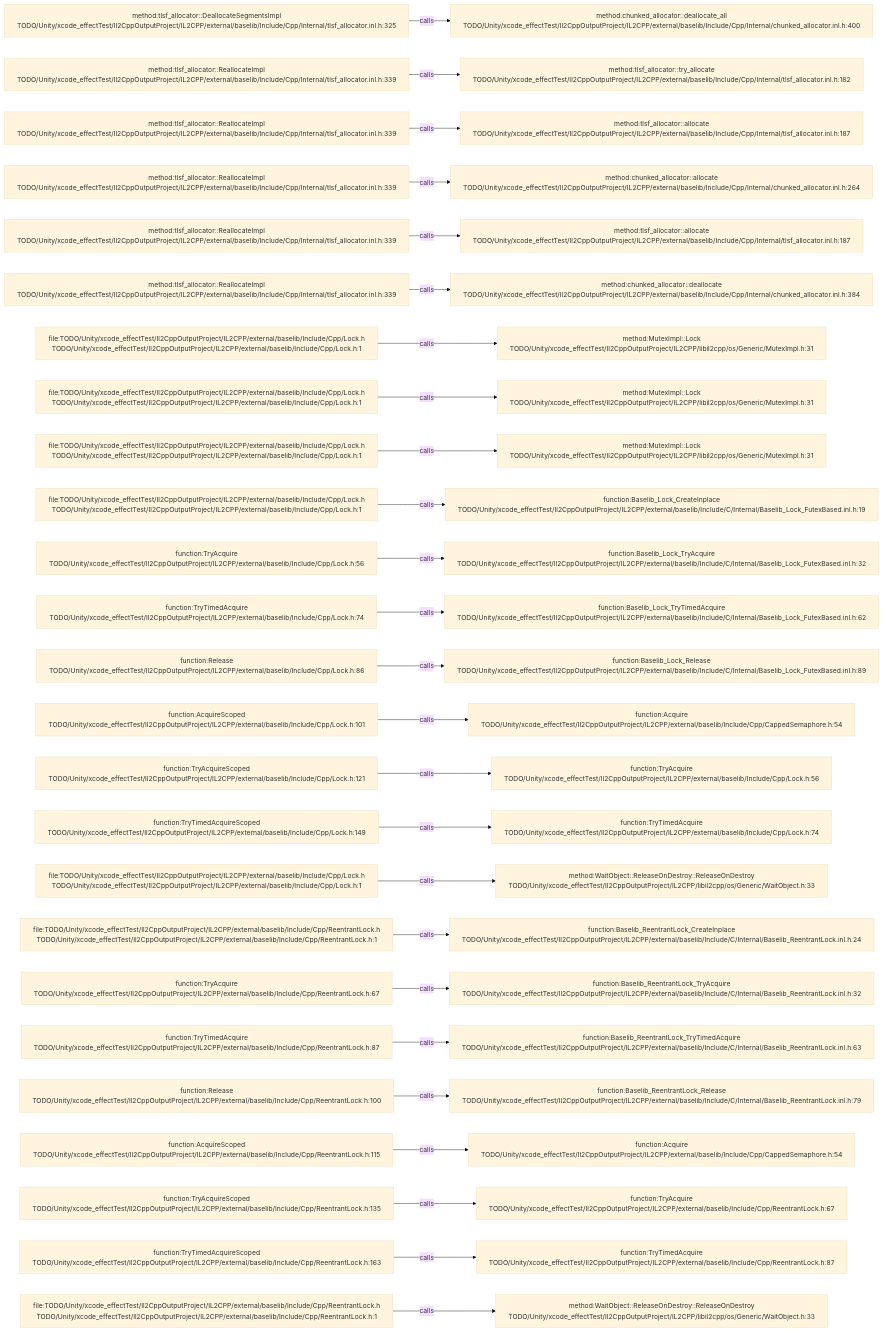
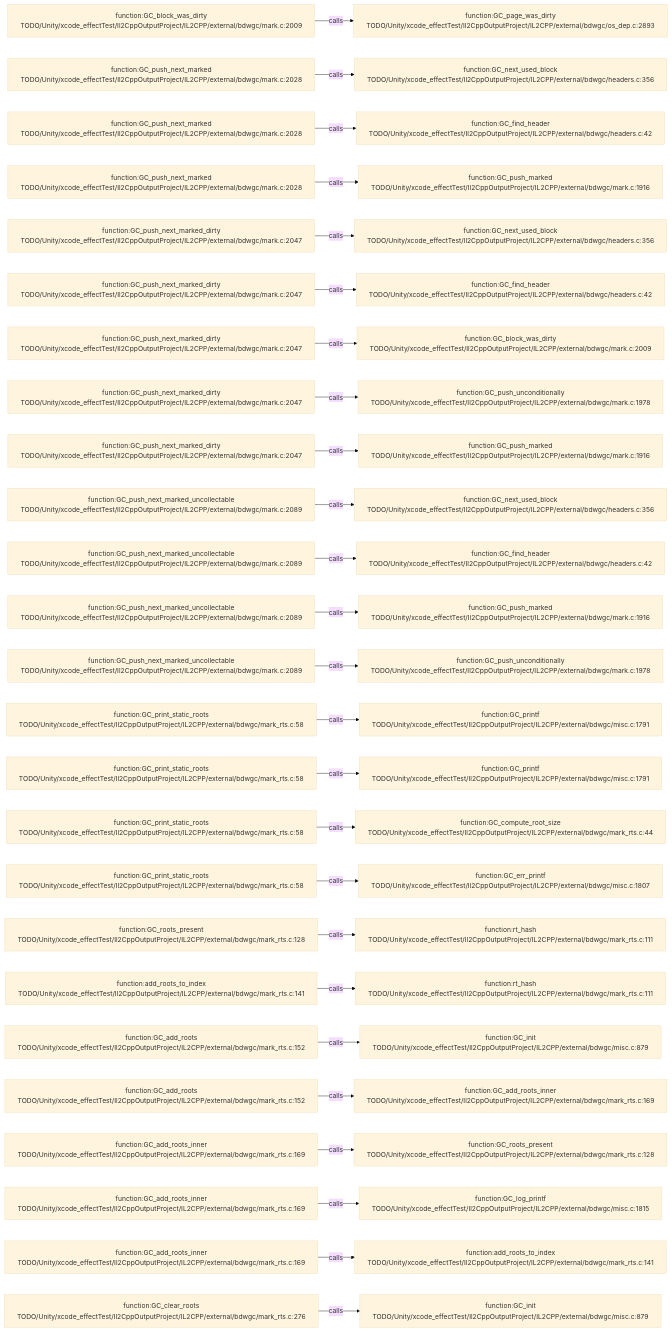
The diagram in .codegraph/codegraph.md/graphs/calls-134.md (JobsKits/JobsSwiftBaseConfigDemo), drawn with Mermaid (base theme) before and after one commit. The commit also changed 227 other files, not shown here.

````diff
--- a/.codegraph/codegraph.md/graphs/calls-134.md
+++ b/.codegraph/codegraph.md/graphs/calls-134.md
@@ -13,78 +13,78 @@
 ```mermaid
 flowchart LR
-  S1["method:tlsf_allocator::DeallocateSegmentsImpl<br/>TODO/Unity/xcode_effectTest/Il2CppOutputProject/IL2CPP/external/baselib/Include/Cpp/Internal/tlsf_allocator.inl.h:325"]
-  T1["method:chunked_allocator::deallocate_all<br/>TODO/Unity/xcode_effectTest/Il2CppOutputProject/IL2CPP/external/baselib/Include/Cpp/Internal/chunked_allocator.inl.h:400"]
+  S1["function:GC_block_was_dirty<br/>TODO/Unity/xcode_effectTest/Il2CppOutputProject/IL2CPP/external/bdwgc/mark.c:2009"]
+  T1["function:GC_page_was_dirty<br/>TODO/Unity/xcode_effectTest/Il2CppOutputProject/IL2CPP/external/bdwgc/os_dep.c:2893"]
   S1 -->|calls| T1
-  S2["method:tlsf_allocator::ReallocateImpl<br/>TODO/Unity/xcode_effectTest/Il2CppOutputProject/IL2CPP/external/baselib/Include/Cpp/Internal/tlsf_allocator.inl.h:339"]
-  T2["method:tlsf_allocator::try_allocate<br/>TODO/Unity/xcode_effectTest/Il2CppOutputProject/IL2CPP/external/baselib/Include/Cpp/Internal/tlsf_allocator.inl.h:182"]
+  S2["function:GC_push_next_marked<br/>TODO/Unity/xcode_effectTest/Il2CppOutputProject/IL2CPP/external/bdwgc/mark.c:2028"]
+  T2["function:GC_next_used_block<br/>TODO/Unity/xcode_effectTest/Il2CppOutputProject/IL2CPP/external/bdwgc/headers.c:356"]
   S2 -->|calls| T2
-  S3["method:tlsf_allocator::ReallocateImpl<br/>TODO/Unity/xcode_effectTest/Il2CppOutputProject/IL2CPP/external/baselib/Include/Cpp/Internal/tlsf_allocator.inl.h:339"]
-  T3["method:tlsf_allocator::allocate<br/>TODO/Unity/xcode_effectTest/Il2CppOutputProject/IL2CPP/external/baselib/Include/Cpp/Internal/tlsf_allocator.inl.h:187"]
+  S3["function:GC_push_next_marked<br/>TODO/Unity/xcode_effectTest/Il2CppOutputProject/IL2CPP/external/bdwgc/mark.c:2028"]
+  T3["function:GC_find_header<br/>TODO/Unity/xcode_effectTest/Il2CppOutputProject/IL2CPP/external/bdwgc/headers.c:42"]
   S3 -->|calls| T3
-  S4["method:tlsf_allocator::ReallocateImpl<br/>TODO/Unity/xcode_effectTest/Il2CppOutputProject/IL2CPP/external/baselib/Include/Cpp/Internal/tlsf_allocator.inl.h:339"]
-  T4["method:chunked_allocator::allocate<br/>TODO/Unity/xcode_effectTest/Il2CppOutputProject/IL2CPP/external/baselib/Include/Cpp/Internal/chunked_allocator.inl.h:264"]
+  S4["function:GC_push_next_marked<br/>TODO/Unity/xcode_effectTest/Il2CppOutputProject/IL2CPP/external/bdwgc/mark.c:2028"]
+  T4["function:GC_push_marked<br/>TODO/Unity/xcode_effectTest/Il2CppOutputProject/IL2CPP/external/bdwgc/mark.c:1916"]
   S4 -->|calls| T4
-  S5["method:tlsf_allocator::ReallocateImpl<br/>TODO/Unity/xcode_effectTest/Il2CppOutputProject/IL2CPP/external/baselib/Include/Cpp/Internal/tlsf_allocator.inl.h:339"]
-  T5["method:tlsf_allocator::allocate<br/>TODO/Unity/xcode_effectTest/Il2CppOutputProject/IL2CPP/external/baselib/Include/Cpp/Internal/tlsf_allocator.inl.h:187"]
+  S5["function:GC_push_next_marked_dirty<br/>TODO/Unity/xcode_effectTest/Il2CppOutputProject/IL2CPP/external/bdwgc/mark.c:2047"]
+  T5["function:GC_next_used_block<br/>TODO/Unity/xcode_effectTest/Il2CppOutputProject/IL2CPP/external/bdwgc/headers.c:356"]
   S5 -->|calls| T5
-  S6["method:tlsf_allocator::ReallocateImpl<br/>TODO/Unity/xcode_effectTest/Il2CppOutputProject/IL2CPP/external/baselib/Include/Cpp/Internal/tlsf_allocator.inl.h:339"]
-  T6["method:chunked_allocator::deallocate<br/>TODO/Unity/xcode_effectTest/Il2CppOutputProject/IL2CPP/external/baselib/Include/Cpp/Internal/chunked_allocator.inl.h:384"]
+  S6["function:GC_push_next_marked_dirty<br/>TODO/Unity/xcode_effectTest/Il2CppOutputProject/IL2CPP/external/bdwgc/mark.c:2047"]
+  T6["function:GC_find_header<br/>TODO/Unity/xcode_effectTest/Il2CppOutputProject/IL2CPP/external/bdwgc/headers.c:42"]
   S6 -->|calls| T6
-  S7["file:TODO/Unity/xcode_effectTest/Il2CppOutputProject/IL2CPP/external/baselib/Include/Cpp/Lock.h<br/>TODO/Unity/xcode_effectTest/Il2CppOutputProject/IL2CPP/external/baselib/Include/Cpp/Lock.h:1"]
-  T7["method:MutexImpl::Lock<br/>TODO/Unity/xcode_effectTest/Il2CppOutputProject/IL2CPP/libil2cpp/os/Generic/MutexImpl.h:31"]
+  S7["function:GC_push_next_marked_dirty<br/>TODO/Unity/xcode_effectTest/Il2CppOutputProject/IL2CPP/external/bdwgc/mark.c:2047"]
+  T7["function:GC_block_was_dirty<br/>TODO/Unity/xcode_effectTest/Il2CppOutputProject/IL2CPP/external/bdwgc/mark.c:2009"]
   S7 -->|calls| T7
-  S8["file:TODO/Unity/xcode_effectTest/Il2CppOutputProject/IL2CPP/external/baselib/Include/Cpp/Lock.h<br/>TODO/Unity/xcode_effectTest/Il2CppOutputProject/IL2CPP/external/baselib/Include/Cpp/Lock.h:1"]
-  T8["method:MutexImpl::Lock<br/>TODO/Unity/xcode_effectTest/Il2CppOutputProject/IL2CPP/libil2cpp/os/Generic/MutexImpl.h:31"]
+  S8["function:GC_push_next_marked_dirty<br/>TODO/Unity/xcode_effectTest/Il2CppOutputProject/IL2CPP/external/bdwgc/mark.c:2047"]
+  T8["function:GC_push_unconditionally<br/>TODO/Unity/xcode_effectTest/Il2CppOutputProject/IL2CPP/external/bdwgc/mark.c:1978"]
   S8 -->|calls| T8
-  S9["file:TODO/Unity/xcode_effectTest/Il2CppOutputProject/IL2CPP/external/baselib/Include/Cpp/Lock.h<br/>TODO/Unity/xcode_effectTest/Il2CppOutputProject/IL2CPP/external/baselib/Include/Cpp/Lock.h:1"]
-  T9["method:MutexImpl::Lock<br/>TODO/Unity/xcode_effectTest/Il2CppOutputProject/IL2CPP/libil2cpp/os/Generic/MutexImpl.h:31"]
+  S9["function:GC_push_next_marked_dirty<br/>TODO/Unity/xcode_effectTest/Il2CppOutputProject/IL2CPP/external/bdwgc/mark.c:2047"]
+  T9["function:GC_push_marked<br/>TODO/Unity/xcode_effectTest/Il2CppOutputProject/IL2CPP/external/bdwgc/mark.c:1916"]
   S9 -->|calls| T9
-  S10["file:TODO/Unity/xcode_effectTest/Il2CppOutputProject/IL2CPP/external/baselib/Include/Cpp/Lock.h<br/>TODO/Unity/xcode_effectTest/Il2CppOutputProject/IL2CPP/external/baselib/Include/Cpp/Lock.h:1"]
-  T10["function:Baselib_Lock_CreateInplace<br/>TODO/Unity/xcode_effectTest/Il2CppOutputProject/IL2CPP/external/baselib/Include/C/Internal/Baselib_Lock_FutexBased.inl.h:19"]
+  S10["function:GC_push_next_marked_uncollectable<br/>TODO/Unity/xcode_effectTest/Il2CppOutputProject/IL2CPP/external/bdwgc/mark.c:2089"]
+  T10["function:GC_next_used_block<br/>TODO/Unity/xcode_effectTest/Il2CppOutputProject/IL2CPP/external/bdwgc/headers.c:356"]
   S10 -->|calls| T10
-  S11["function:TryAcquire<br/>TODO/Unity/xcode_effectTest/Il2CppOutputProject/IL2CPP/external/baselib/Include/Cpp/Lock.h:56"]
-  T11["function:Baselib_Lock_TryAcquire<br/>TODO/Unity/xcode_effectTest/Il2CppOutputProject/IL2CPP/external/baselib/Include/C/Internal/Baselib_Lock_FutexBased.inl.h:32"]
+  S11["function:GC_push_next_marked_uncollectable<br/>TODO/Unity/xcode_effectTest/Il2CppOutputProject/IL2CPP/external/bdwgc/mark.c:2089"]
+  T11["function:GC_find_header<br/>TODO/Unity/xcode_effectTest/Il2CppOutputProject/IL2CPP/external/bdwgc/headers.c:42"]
   S11 -->|calls| T11
-  S12["function:TryTimedAcquire<br/>TODO/Unity/xcode_effectTest/Il2CppOutputProject/IL2CPP/external/baselib/Include/Cpp/Lock.h:74"]
-  T12["function:Baselib_Lock_TryTimedAcquire<br/>TODO/Unity/xcode_effectTest/Il2CppOutputProject/IL2CPP/external/baselib/Include/C/Internal/Baselib_Lock_FutexBased.inl.h:62"]
+  S12["function:GC_push_next_marked_uncollectable<br/>TODO/Unity/xcode_effectTest/Il2CppOutputProject/IL2CPP/external/bdwgc/mark.c:2089"]
+  T12["function:GC_push_marked<br/>TODO/Unity/xcode_effectTest/Il2CppOutputProject/IL2CPP/external/bdwgc/mark.c:1916"]
   S12 -->|calls| T12
-  S13["function:Release<br/>TODO/Unity/xcode_effectTest/Il2CppOutputProject/IL2CPP/external/baselib/Include/Cpp/Lock.h:86"]
-  T13["function:Baselib_Lock_Release<br/>TODO/Unity/xcode_effectTest/Il2CppOutputProject/IL2CPP/external/baselib/Include/C/Internal/Baselib_Lock_FutexBased.inl.h:89"]
+  S13["function:GC_push_next_marked_uncollectable<br/>TODO/Unity/xcode_effectTest/Il2CppOutputProject/IL2CPP/external/bdwgc/mark.c:2089"]
+  T13["function:GC_push_unconditionally<br/>TODO/Unity/xcode_effectTest/Il2CppOutputProject/IL2CPP/external/bdwgc/mark.c:1978"]
   S13 -->|calls| T13
-  S14["function:AcquireScoped<br/>TODO/Unity/xcode_effectTest/Il2CppOutputProject/IL2CPP/external/baselib/Include/Cpp/Lock.h:101"]
-  T14["function:Acquire<br/>TODO/Unity/xcode_effectTest/Il2CppOutputProject/IL2CPP/external/baselib/Include/Cpp/CappedSemaphore.h:54"]
+  S14["function:GC_print_static_roots<br/>TODO/Unity/xcode_effectTest/Il2CppOutputProject/IL2CPP/external/bdwgc/mark_rts.c:58"]
+  T14["function:GC_printf<br/>TODO/Unity/xcode_effectTest/Il2CppOutputProject/IL2CPP/external/bdwgc/misc.c:1791"]
   S14 -->|calls| T14
-  S15["function:TryAcquireScoped<br/>TODO/Unity/xcode_effectTest/Il2CppOutputProject/IL2CPP/external/baselib/Include/Cpp/Lock.h:121"]
-  T15["function:TryAcquire<br/>TODO/Unity/xcode_effectTest/Il2CppOutputProject/IL2CPP/external/baselib/Include/Cpp/Lock.h:56"]
+  S15["function:GC_print_static_roots<br/>TODO/Unity/xcode_effectTest/Il2CppOutputProject/IL2CPP/external/bdwgc/mark_rts.c:58"]
+  T15["function:GC_printf<br/>TODO/Unity/xcode_effectTest/Il2CppOutputProject/IL2CPP/external/bdwgc/misc.c:1791"]
   S15 -->|calls| T15
-  S16["function:TryTimedAcquireScoped<br/>TODO/Unity/xcode_effectTest/Il2CppOutputProject/IL2CPP/external/baselib/Include/Cpp/Lock.h:149"]
-  T16["function:TryTimedAcquire<br/>TODO/Unity/xcode_effectTest/Il2CppOutputProject/IL2CPP/external/baselib/Include/Cpp/Lock.h:74"]
+  S16["function:GC_print_static_roots<br/>TODO/Unity/xcode_effectTest/Il2CppOutputProject/IL2CPP/external/bdwgc/mark_rts.c:58"]
+  T16["function:GC_compute_root_size<br/>TODO/Unity/xcode_effectTest/Il2CppOutputProject/IL2CPP/external/bdwgc/mark_rts.c:44"]
   S16 -->|calls| T16
-  S17["file:TODO/Unity/xcode_effectTest/Il2CppOutputProject/IL2CPP/external/baselib/Include/Cpp/Lock.h<br/>TODO/Unity/xcode_effectTest/Il2CppOutputProject/IL2CPP/external/baselib/Include/Cpp/Lock.h:1"]
-  T17["method:WaitObject::ReleaseOnDestroy::ReleaseOnDestroy<br/>TODO/Unity/xcode_effectTest/Il2CppOutputProject/IL2CPP/libil2cpp/os/Generic/WaitObject.h:33"]
+  S17["function:GC_print_static_roots<br/>TODO/Unity/xcode_effectTest/Il2CppOutputProject/IL2CPP/external/bdwgc/mark_rts.c:58"]
+  T17["function:GC_err_printf<br/>TODO/Unity/xcode_effectTest/Il2CppOutputProject/IL2CPP/external/bdwgc/misc.c:1807"]
   S17 -->|calls| T17
-  S18["file:TODO/Unity/xcode_effectTest/Il2CppOutputProject/IL2CPP/external/baselib/Include/Cpp/ReentrantLock.h<br/>TODO/Unity/xcode_effectTest/Il2CppOutputProject/IL2CPP/external/baselib/Include/Cpp/ReentrantLock.h:1"]
-  T18["function:Baselib_ReentrantLock_CreateInplace<br/>TODO/Unity/xcode_effectTest/Il2CppOutputProject/IL2CPP/external/baselib/Include/C/Internal/Baselib_ReentrantLock.inl.h:24"]
+  S18["function:GC_roots_present<br/>TODO/Unity/xcode_effectTest/Il2CppOutputProject/IL2CPP/external/bdwgc/mark_rts.c:128"]
+  T18["function:rt_hash<br/>TODO/Unity/xcode_effectTest/Il2CppOutputProject/IL2CPP/external/bdwgc/mark_rts.c:111"]
   S18 -->|calls| T18
-  S19["function:TryAcquire<br/>TODO/Unity/xcode_effectTest/Il2CppOutputProject/IL2CPP/external/baselib/Include/Cpp/ReentrantLock.h:67"]
-  T19["function:Baselib_ReentrantLock_TryAcquire<br/>TODO/Unity/xcode_effectTest/Il2CppOutputProject/IL2CPP/external/baselib/Include/C/Internal/Baselib_ReentrantLock.inl.h:32"]
+  S19["function:add_roots_to_index<br/>TODO/Unity/xcode_effectTest/Il2CppOutputProject/IL2CPP/external/bdwgc/mark_rts.c:141"]
+  T19["function:rt_hash<br/>TODO/Unity/xcode_effectTest/Il2CppOutputProject/IL2CPP/external/bdwgc/mark_rts.c:111"]
   S19 -->|calls| T19
-  S20["function:TryTimedAcquire<br/>TODO/Unity/xcode_effectTest/Il2CppOutputProject/IL2CPP/external/baselib/Include/Cpp/ReentrantLock.h:87"]
-  T20["function:Baselib_ReentrantLock_TryTimedAcquire<br/>TODO/Unity/xcode_effectTest/Il2CppOutputProject/IL2CPP/external/baselib/Include/C/Internal/Baselib_ReentrantLock.inl.h:63"]
+  S20["function:GC_add_roots<br/>TODO/Unity/xcode_effectTest/Il2CppOutputProject/IL2CPP/external/bdwgc/mark_rts.c:152"]
+  T20["function:GC_init<br/>TODO/Unity/xcode_effectTest/Il2CppOutputProject/IL2CPP/external/bdwgc/misc.c:879"]
   S20 -->|calls| T20
-  S21["function:Release<br/>TODO/Unity/xcode_effectTest/Il2CppOutputProject/IL2CPP/external/baselib/Include/Cpp/ReentrantLock.h:100"]
-  T21["function:Baselib_ReentrantLock_Release<br/>TODO/Unity/xcode_effectTest/Il2CppOutputProject/IL2CPP/external/baselib/Include/C/Internal/Baselib_ReentrantLock.inl.h:79"]
+  S21["function:GC_add_roots<br/>TODO/Unity/xcode_effectTest/Il2CppOutputProject/IL2CPP/external/bdwgc/mark_rts.c:152"]
+  T21["function:GC_add_roots_inner<br/>TODO/Unity/xcode_effectTest/Il2CppOutputProject/IL2CPP/external/bdwgc/mark_rts.c:169"]
   S21 -->|calls| T21
-  S22["function:AcquireScoped<br/>TODO/Unity/xcode_effectTest/Il2CppOutputProject/IL2CPP/external/baselib/Include/Cpp/ReentrantLock.h:115"]
-  T22["function:Acquire<br/>TODO/Unity/xcode_effectTest/Il2CppOutputProject/IL2CPP/external/baselib/Include/Cpp/CappedSemaphore.h:54"]
+  S22["function:GC_add_roots_inner<br/>TODO/Unity/xcode_effectTest/Il2CppOutputProject/IL2CPP/external/bdwgc/mark_rts.c:169"]
+  T22["function:GC_roots_present<br/>TODO/Unity/xcode_effectTest/Il2CppOutputProject/IL2CPP/external/bdwgc/mark_rts.c:128"]
   S22 -->|calls| T22
-  S23["function:TryAcquireScoped<br/>TODO/Unity/xcode_effectTest/Il2CppOutputProject/IL2CPP/external/baselib/Include/Cpp/ReentrantLock.h:135"]
-  T23["function:TryAcquire<br/>TODO/Unity/xcode_effectTest/Il2CppOutputProject/IL2CPP/external/baselib/Include/Cpp/ReentrantLock.h:67"]
+  S23["function:GC_add_roots_inner<br/>TODO/Unity/xcode_effectTest/Il2CppOutputProject/IL2CPP/external/bdwgc/mark_rts.c:169"]
+  T23["function:GC_log_printf<br/>TODO/Unity/xcode_effectTest/Il2CppOutputProject/IL2CPP/external/bdwgc/misc.c:1815"]
   S23 -->|calls| T23
-  S24["function:TryTimedAcquireScoped<br/>TODO/Unity/xcode_effectTest/Il2CppOutputProject/IL2CPP/external/baselib/Include/Cpp/ReentrantLock.h:163"]
-  T24["function:TryTimedAcquire<br/>TODO/Unity/xcode_effectTest/Il2CppOutputProject/IL2CPP/external/baselib/Include/Cpp/ReentrantLock.h:87"]
+  S24["function:GC_add_roots_inner<br/>TODO/Unity/xcode_effectTest/Il2CppOutputProject/IL2CPP/external/bdwgc/mark_rts.c:169"]
+  T24["function:add_roots_to_index<br/>TODO/Unity/xcode_effectTest/Il2CppOutputProject/IL2CPP/external/bdwgc/mark_rts.c:141"]
   S24 -->|calls| T24
-  S25["file:TODO/Unity/xcode_effectTest/Il2CppOutputProject/IL2CPP/external/baselib/Include/Cpp/ReentrantLock.h<br/>TODO/Unity/xcode_effectTest/Il2CppOutputProject/IL2CPP/external/baselib/Include/Cpp/ReentrantLock.h:1"]
-  T25["method:WaitObject::ReleaseOnDestroy::ReleaseOnDestroy<br/>TODO/Unity/xcode_effectTest/Il2CppOutputProject/IL2CPP/libil2cpp/os/Generic/WaitObject.h:33"]
+  S25["function:GC_clear_roots<br/>TODO/Unity/xcode_effectTest/Il2CppOutputProject/IL2CPP/external/bdwgc/mark_rts.c:276"]
+  T25["function:GC_init<br/>TODO/Unity/xcode_effectTest/Il2CppOutputProject/IL2CPP/external/bdwgc/misc.c:879"]
   S25 -->|calls| T25
 ```
````
